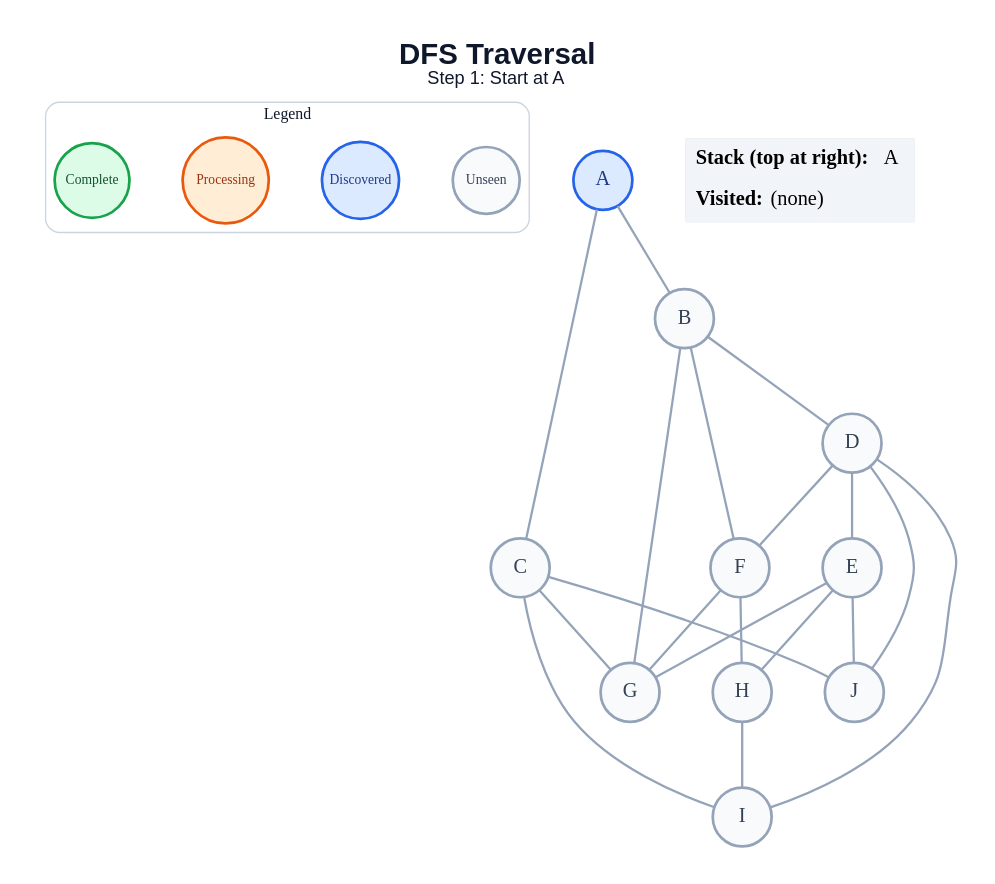
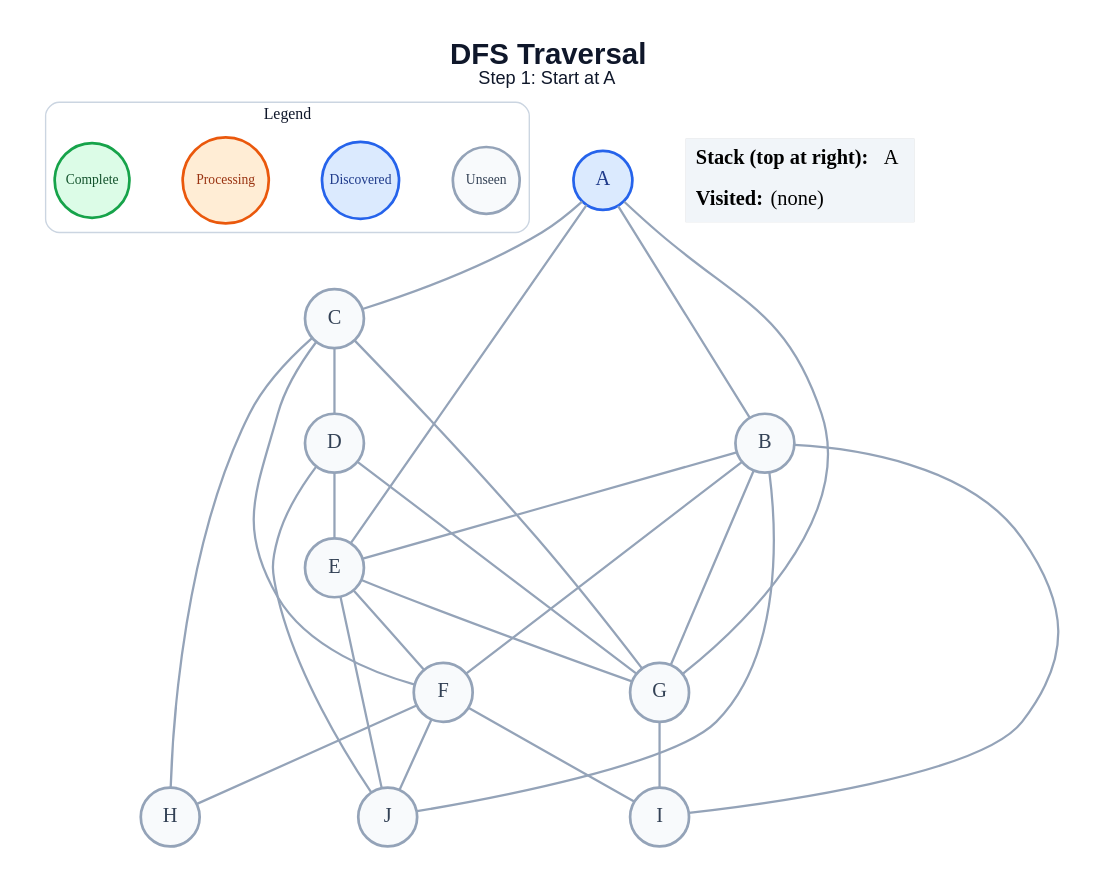
Before and after one commit to amanghodawala9/ai-slop: the diagram in generated/dfs/step_01.dot, drawn with Graphviz. The commit also changed 178 other files, not shown here.

```diff
--- a/generated/dfs/step_01.dot
+++ b/generated/dfs/step_01.dot
@@ -1,47 +1,52 @@
 graph traversal {
   graph [layout=dot, rankdir=TB, bgcolor="#FFFFFF", pad="0.35", nodesep="0.65", ranksep="0.8", fontname="Arial"];
   node [shape=circle, style="filled", fontname="Arial Bold", fontsize=18, width=0.72, fixedsize=true, penwidth=2.4];
   edge [color="#94A3B8", penwidth=2.0];
   label=<<B>DFS Traversal</B><BR/><FONT POINT-SIZE="16">Step 1: Start at A</FONT>>; labelloc="t"; fontsize=26; fontname="Arial"; fontcolor="#0F172A";
   subgraph cluster_legend { label="Legend"; color="#CBD5E1"; penwidth=1.2; style="rounded"; fontsize=14; fontname="Arial Bold";
     key_unseen [label="Unseen", fillcolor="#F8FAFC", color="#94A3B8", fontcolor="#334155", fontsize=12, width=0.82];
     key_frontier [label="Discovered", fillcolor="#DBEAFE", color="#2563EB", fontcolor="#1E3A8A", fontsize=12, width=0.95];
     key_current [label="Processing", fillcolor="#FFEDD5", color="#EA580C", fontcolor="#9A3412", fontsize=12, width=1.05];
     key_done [label="Complete", fillcolor="#DCFCE7", color="#16A34A", fontcolor="#14532D", fontsize=12, width=0.92];
     { rank=same; key_unseen; key_frontier; key_current; key_done; }
   }
   A [fillcolor="#DBEAFE", color="#2563EB", fontcolor="#1E3A8A"];
   B [fillcolor="#F8FAFC", color="#94A3B8", fontcolor="#334155"];
   C [fillcolor="#F8FAFC", color="#94A3B8", fontcolor="#334155"];
   D [fillcolor="#F8FAFC", color="#94A3B8", fontcolor="#334155"];
   E [fillcolor="#F8FAFC", color="#94A3B8", fontcolor="#334155"];
   F [fillcolor="#F8FAFC", color="#94A3B8", fontcolor="#334155"];
   G [fillcolor="#F8FAFC", color="#94A3B8", fontcolor="#334155"];
   H [fillcolor="#F8FAFC", color="#94A3B8", fontcolor="#334155"];
   I [fillcolor="#F8FAFC", color="#94A3B8", fontcolor="#334155"];
   J [fillcolor="#F8FAFC", color="#94A3B8", fontcolor="#334155"];
   A -- B;
   A -- C;
-  B -- D;
+  A -- E;
+  A -- G;
+  B -- E;
   B -- F;
   B -- G;
+  B -- I;
+  B -- J;
+  C -- D;
+  C -- F;
   C -- G;
-  C -- I;
-  C -- J;
+  C -- H;
   D -- E;
-  D -- F;
-  D -- I;
+  D -- G;
   D -- J;
+  E -- F;
   E -- G;
-  E -- H;
   E -- J;
-  F -- G;
   F -- H;
-  H -- I;
+  F -- I;
+  F -- J;
+  G -- I;
   status [shape=plain, fixedsize=false, width=0, height=0, margin=0, label=<
     <TABLE BORDER="0" CELLBORDER="0" CELLPADDING="7" BGCOLOR="#F1F5F9">
       <TR><TD ALIGN="LEFT"><B>Stack (top at right):</B> A</TD></TR>
       <TR><TD ALIGN="LEFT"><B>Visited:</B> (none)</TD></TR>
     </TABLE>
   >];
 }
```
